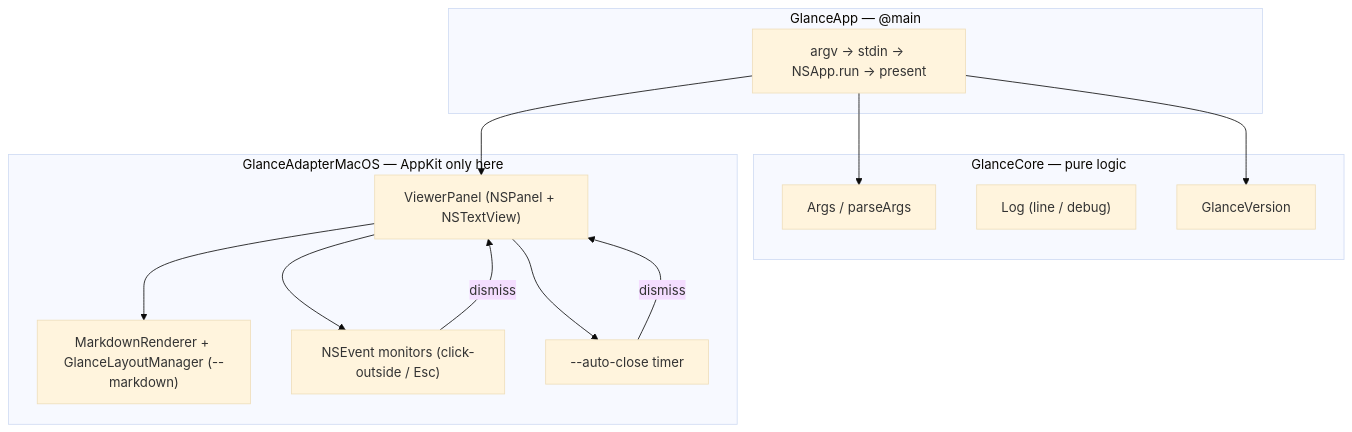
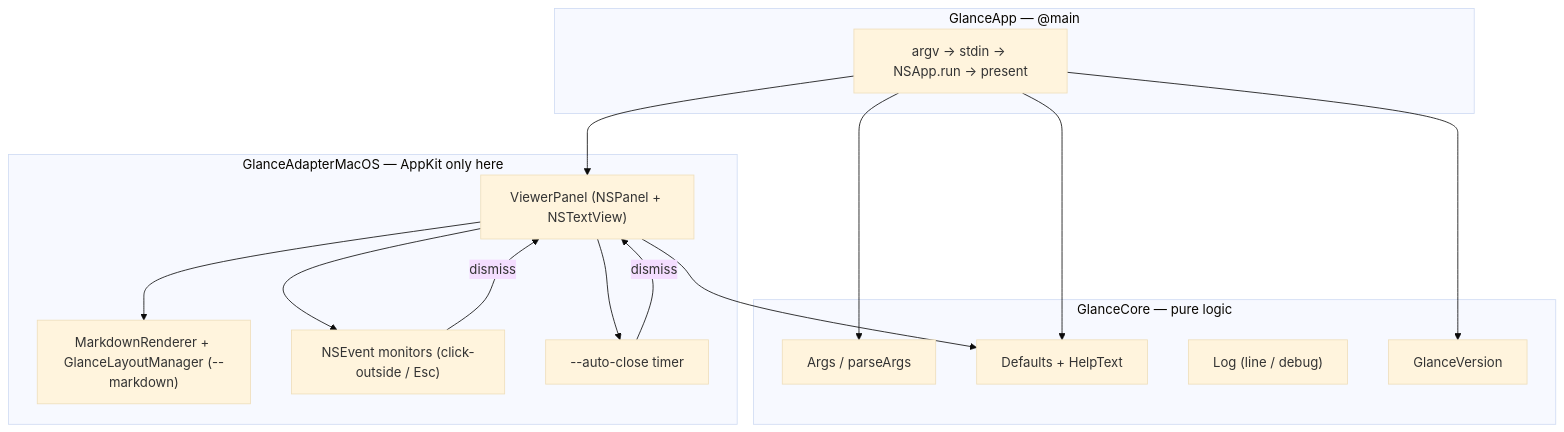
Before and after one commit to akira-toriyama/glance: the diagram in docs/glossary.md, drawn with Mermaid (base theme). The commit also changed other lines of this file and 10 other files, not shown here.

````diff
--- a/docs/glossary.md
+++ b/docs/glossary.md
@@ -37,25 +37,28 @@
 ```mermaid
 flowchart TB
   subgraph CORE["GlanceCore — pure logic"]
     ARGS["Args / parseArgs"]
+    DEFAULTS["Defaults + HelpText"]
     LOG["Log (line / debug)"]
     VERSION["GlanceVersion"]
   end
   subgraph ADAPTER["GlanceAdapterMacOS — AppKit only here"]
     PANEL["ViewerPanel (NSPanel + NSTextView)"]
     RENDER["MarkdownRenderer + GlanceLayoutManager (--markdown)"]
     MON["NSEvent monitors (click-outside / Esc)"]
     TIMER["--auto-close timer"]
   end
   subgraph APP["GlanceApp — @main"]
     MAIN["argv → stdin → NSApp.run → present"]
   end
   MAIN --> ARGS
+  MAIN --> DEFAULTS
   MAIN --> VERSION
   MAIN --> PANEL
+  PANEL --> DEFAULTS
   PANEL --> RENDER
   PANEL --> MON
   PANEL --> TIMER
   MON -->|dismiss| PANEL
   TIMER -->|dismiss| PANEL
 ```
````
